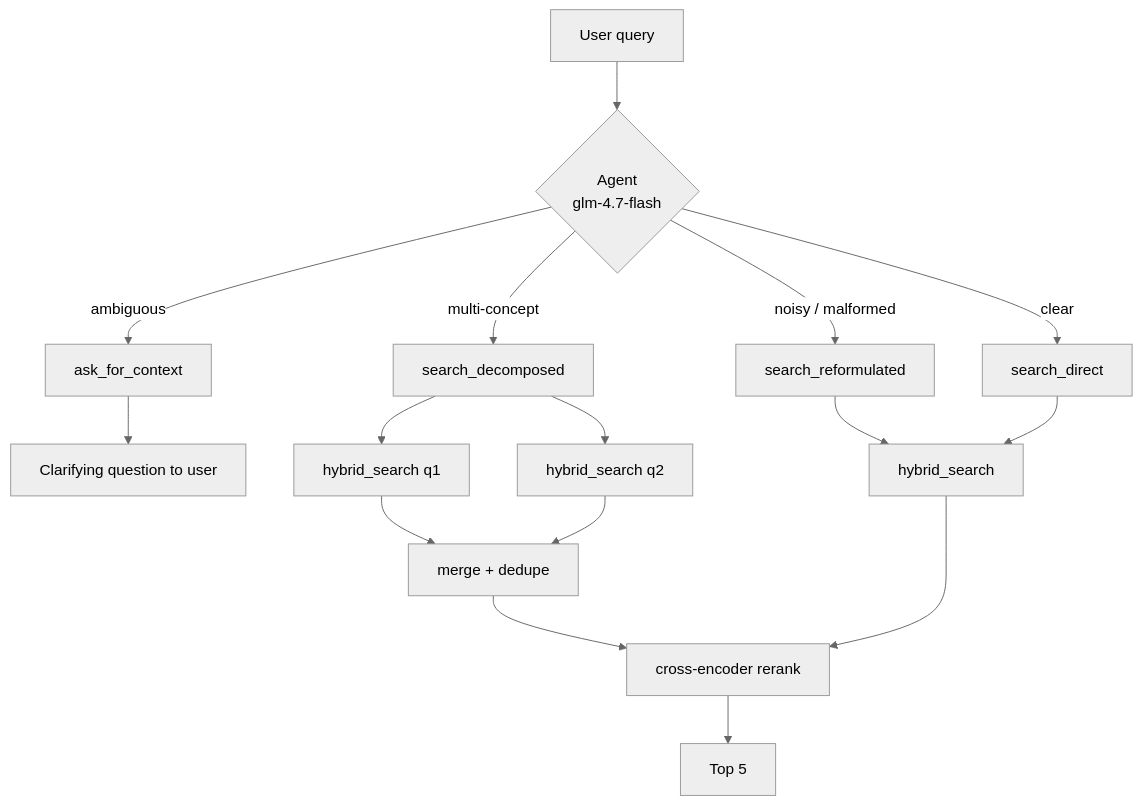
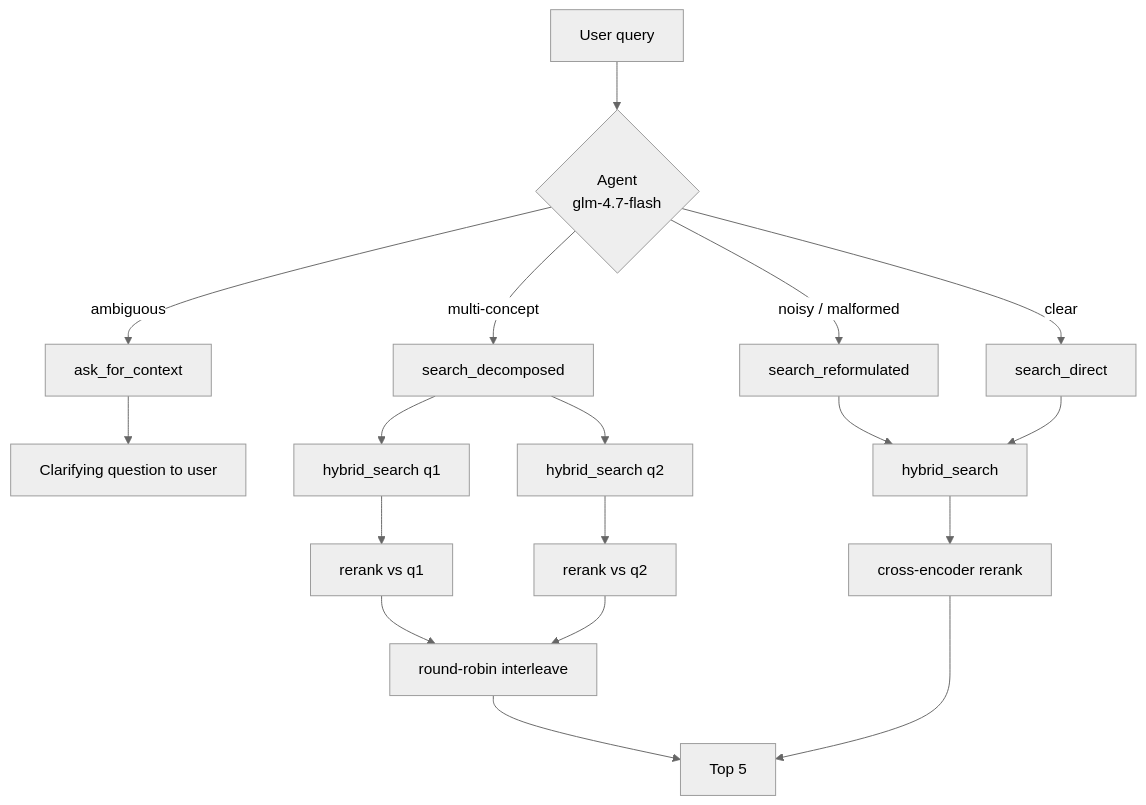
The diagram in docs/05-agent-design.md (supermaty01/picsearch-pro), drawn with Mermaid (neutral theme) before and after one commit. The commit also changed other lines of this file and 6 other files, not shown here.

````diff
--- a/docs/05-agent-design.md
+++ b/docs/05-agent-design.md
@@ -7,10 +7,11 @@
 ```mermaid
 flowchart TD
     Q[User query] --> AG{Agent<br/>glm-4.7-flash}
     AG -->|ambiguous| ASK[ask_for_context] --> UI1[Clarifying question to user]
     AG -->|noisy / malformed| REF[search_reformulated] --> HS[hybrid_search]
     AG -->|multi-concept| DEC[search_decomposed] --> HS1[hybrid_search q1] & HS2[hybrid_search q2]
-    HS1 & HS2 --> MERGE[merge + dedupe] --> CE
+    HS1 --> CE1[rerank vs q1] --> RR[round-robin interleave] --> UI2
+    HS2 --> CE2[rerank vs q2] --> RR
     AG -->|clear| DIR[search_direct] --> HS
     HS --> CE[cross-encoder rerank] --> UI2[Top 5]
 ```
````
